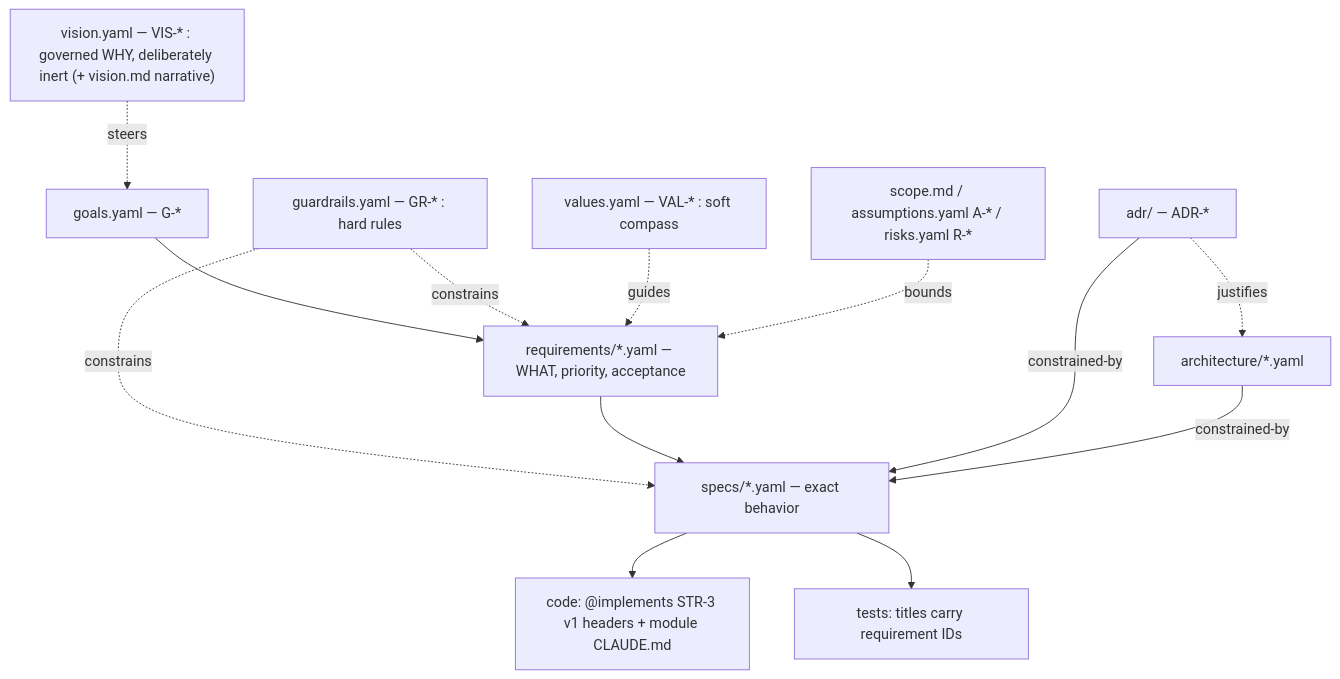
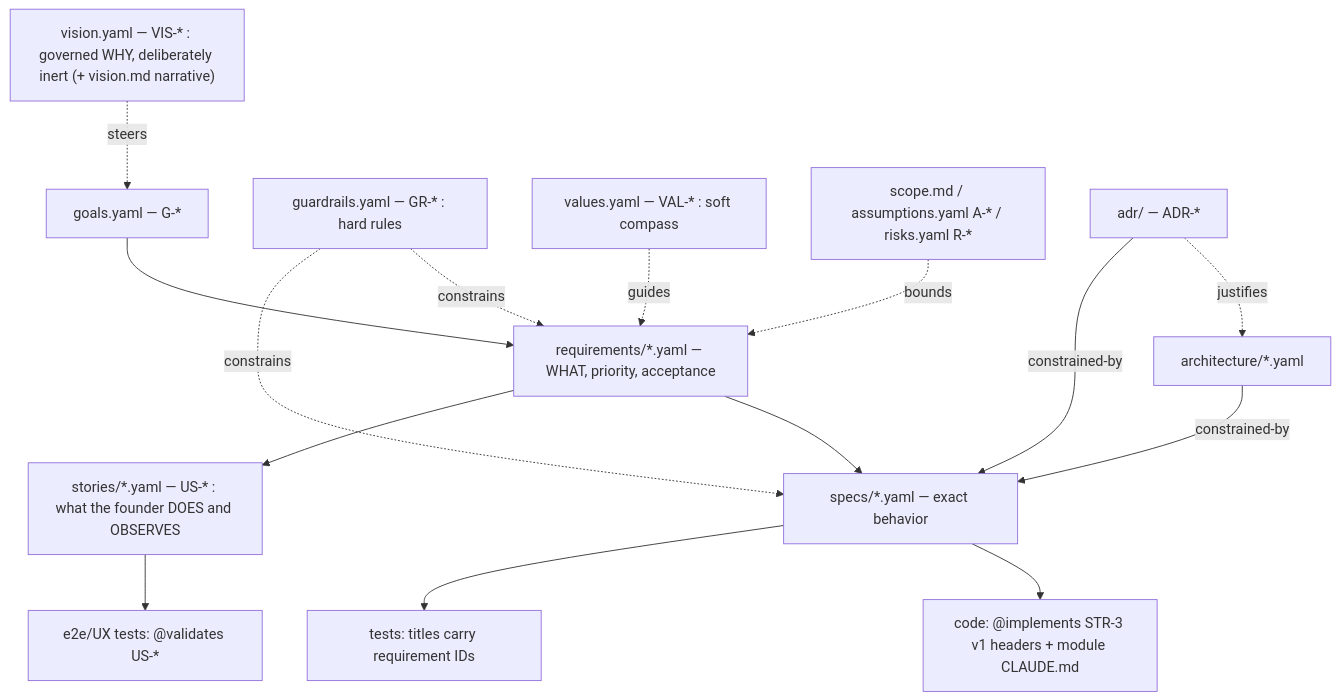
The diagram in .spec/CLAUDE.md (jetdream/steward), drawn with Mermaid before and after one commit. The commit also changed other lines of this file and 18 other files, not shown here.

````diff
--- a/.spec/CLAUDE.md
+++ b/.spec/CLAUDE.md
@@ -13,15 +13,17 @@
 ```mermaid
 graph TD
   V["vision.yaml — VIS-* : governed WHY, deliberately inert (+ vision.md narrative)"] -.steers.-> G[goals.yaml — G-*]
   G --> REQ[requirements/*.yaml — WHAT, priority, acceptance]
   GR[guardrails.yaml — GR-* : hard rules] -.constrains.-> REQ
   GR -.constrains.-> SPEC
   VAL[values.yaml — VAL-* : soft compass] -.guides.-> REQ
   SC[scope.md / assumptions.yaml A-* / risks.yaml R-*] -.bounds.-> REQ
   REQ --> SPEC[specs/*.yaml — exact behavior]
+  REQ --> STORY["stories/*.yaml — US-* : what the founder DOES and OBSERVES"]
+  STORY --> E2E["e2e/UX tests: @validates US-*"]
   ADR[adr/ — ADR-*] -.justifies.-> ARCH[architecture/*.yaml]
   ADR -- constrained-by --> SPEC
   ARCH -- constrained-by --> SPEC
   SPEC --> CODE["code: @implements STR-3 v1 headers + module CLAUDE.md"]
   SPEC --> TEST[tests: titles carry requirement IDs]
 ```
````
